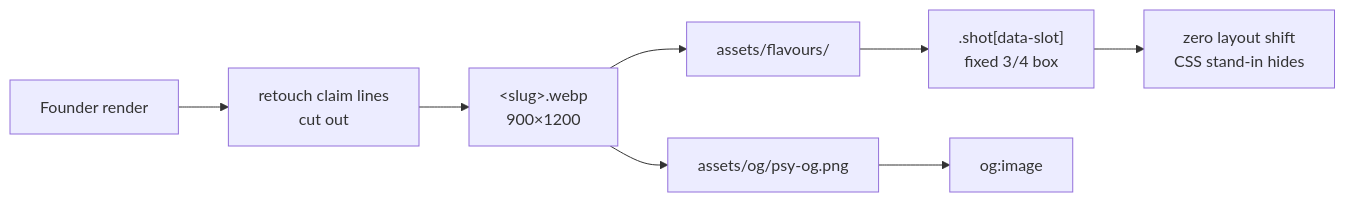
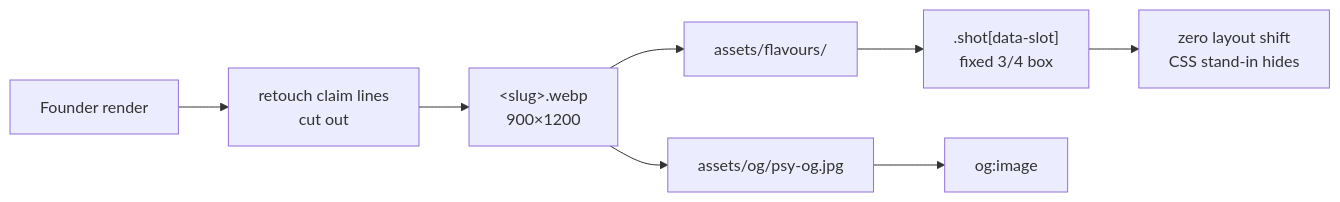
The third of 3 diagrams in README.md (Sanskaari69/psy-fibre), drawn with Mermaid before and after one commit. The commit also changed other lines of this file and 7 other files, not shown here.

````diff
--- a/README.md
+++ b/README.md
@@ -42,5 +42,5 @@
 ```mermaid
 flowchart LR
   RN["Founder render"] --> RT["retouch claim lines<br/>cut out"] --> WP["&lt;slug&gt;.webp<br/>900×1200"] --> D["assets/flavours/"] --> SL[".shot[data-slot]<br/>fixed 3/4 box"] --> NS["zero layout shift<br/>CSS stand-in hides"]
-  WP --> OG["assets/og/psy-og.png"] --> MT["og:image"]
+  WP --> OG["assets/og/psy-og.jpg"] --> MT["og:image"]
 ```
````
